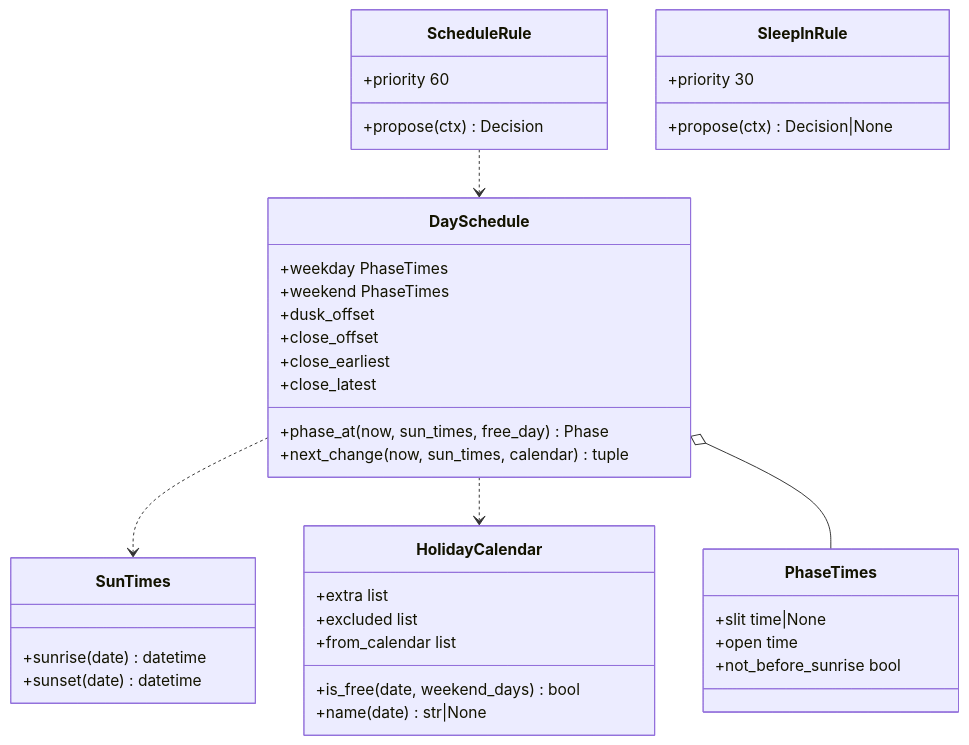
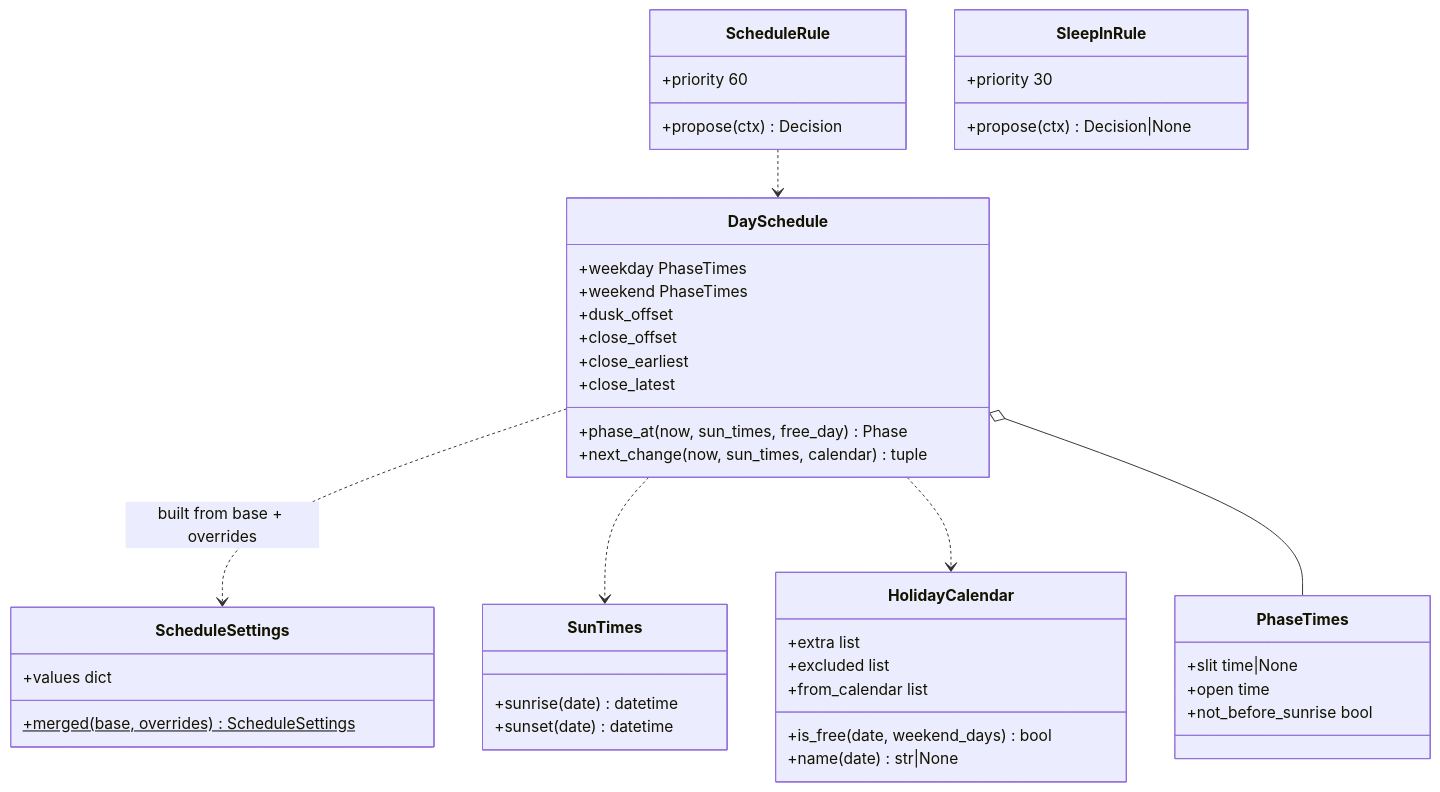
Before and after one commit to abroeders/smart-shutter-control: the third of 3 diagrams in docs/design/2026-11-20-profiles.md, drawn with Mermaid. The commit also changed other lines of this file, not shown here.

Commit message:
docs: base schedule with per-shutter overrides (#4)

````diff
--- a/docs/design/2026-11-20-profiles.md
+++ b/docs/design/2026-11-20-profiles.md
@@ -121,41 +147,46 @@
 ```mermaid
 classDiagram
+    class ScheduleSettings {
+        +values dict
+        +merged(base, overrides)$ ScheduleSettings
+    }
     class DaySchedule {
         +weekday PhaseTimes
         +weekend PhaseTimes
         +dusk_offset
         +close_offset
         +close_earliest
         +close_latest
         +phase_at(now, sun_times, free_day) Phase
         +next_change(now, sun_times, calendar) tuple
     }
     class PhaseTimes {
         +slit time|None
         +open time
         +not_before_sunrise bool
     }
     class SunTimes {
         +sunrise(date) datetime
         +sunset(date) datetime
     }
     class HolidayCalendar {
         +extra list
         +excluded list
         +from_calendar list
         +is_free(date, weekend_days) bool
         +name(date) str|None
     }
     class ScheduleRule {
         +priority 60
         +propose(ctx) Decision
     }
     class SleepInRule {
         +priority 30
         +propose(ctx) Decision|None
     }
     ScheduleRule ..> DaySchedule
+    DaySchedule ..> ScheduleSettings : built from base + overrides
     DaySchedule ..> SunTimes
     DaySchedule ..> HolidayCalendar
     DaySchedule o-- PhaseTimes
 ```
````
